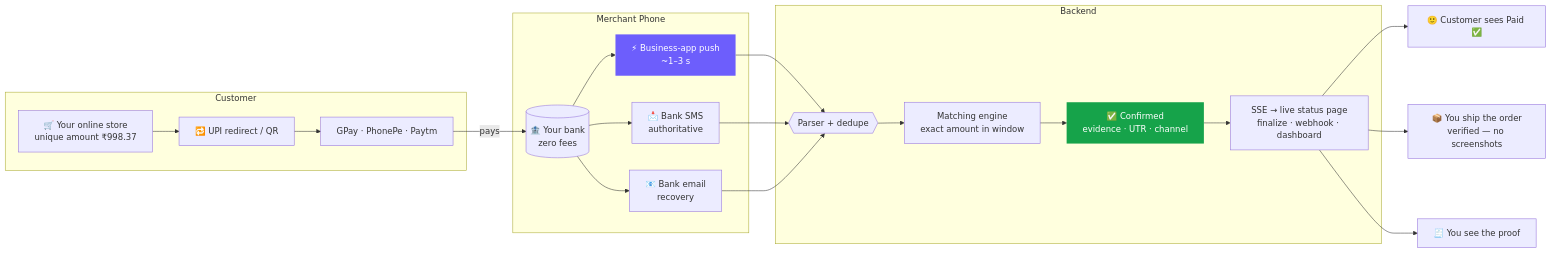
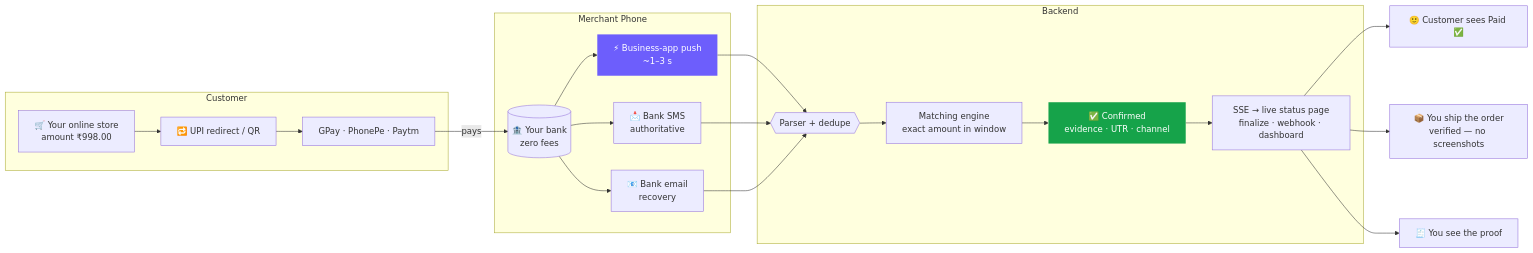
Before and after one commit to aravind220806/Paid_Sure: the first of 3 diagrams in README.md, drawn with Mermaid. The commit also changed other lines of this file and 22 other files, not shown here.

````diff
--- a/README.md
+++ b/README.md
@@ -176,30 +176,30 @@
 ```mermaid
 flowchart LR
     subgraph Customer
-        A[🛒 Your online store<br/>unique amount ₹998.37] --> B[🔁 UPI redirect / QR]
+        A[🛒 Your online store<br/>amount ₹998.00] --> B[🔁 UPI redirect / QR]
         B --> C[GPay · PhonePe · Paytm]
     end
 
     subgraph Merchant Phone
         C -->|pays| D[(🏦 Your bank<br/>zero fees)]
         D --> E[⚡ Business-app push<br/>~1–3 s]
         D --> F[📩 Bank SMS<br/>authoritative]
         D --> G[📧 Bank email<br/>recovery]
     end
 
     subgraph Backend
         E & F & G --> H{{Parser + dedupe}}
         H --> I[Matching engine<br/>exact amount in window]
         I --> J[✅ Confirmed<br/>evidence · UTR · channel]
         J --> K[SSE → live status page<br/>finalize · webhook · dashboard]
     end
 
     K --> L[🙂 Customer sees Paid ✅]
     K --> N[📦 You ship the order<br/>verified — no screenshots]
     K --> M[🧾 You see the proof]
 
     classDef fast fill:#6D5EFC,color:#fff,stroke:none
     classDef ok fill:#16A34A,color:#fff,stroke:none
     class E fast
     class J ok
 ```
````
